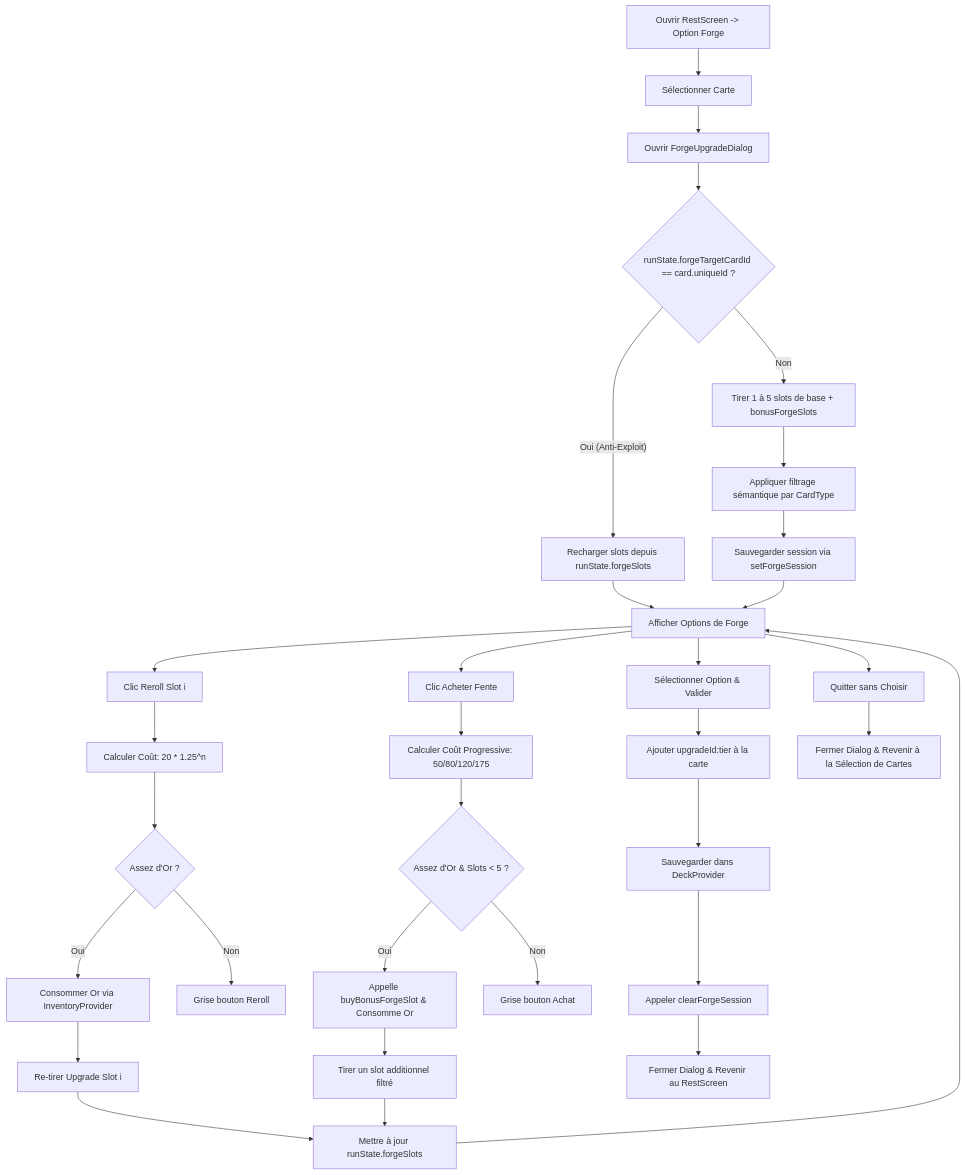
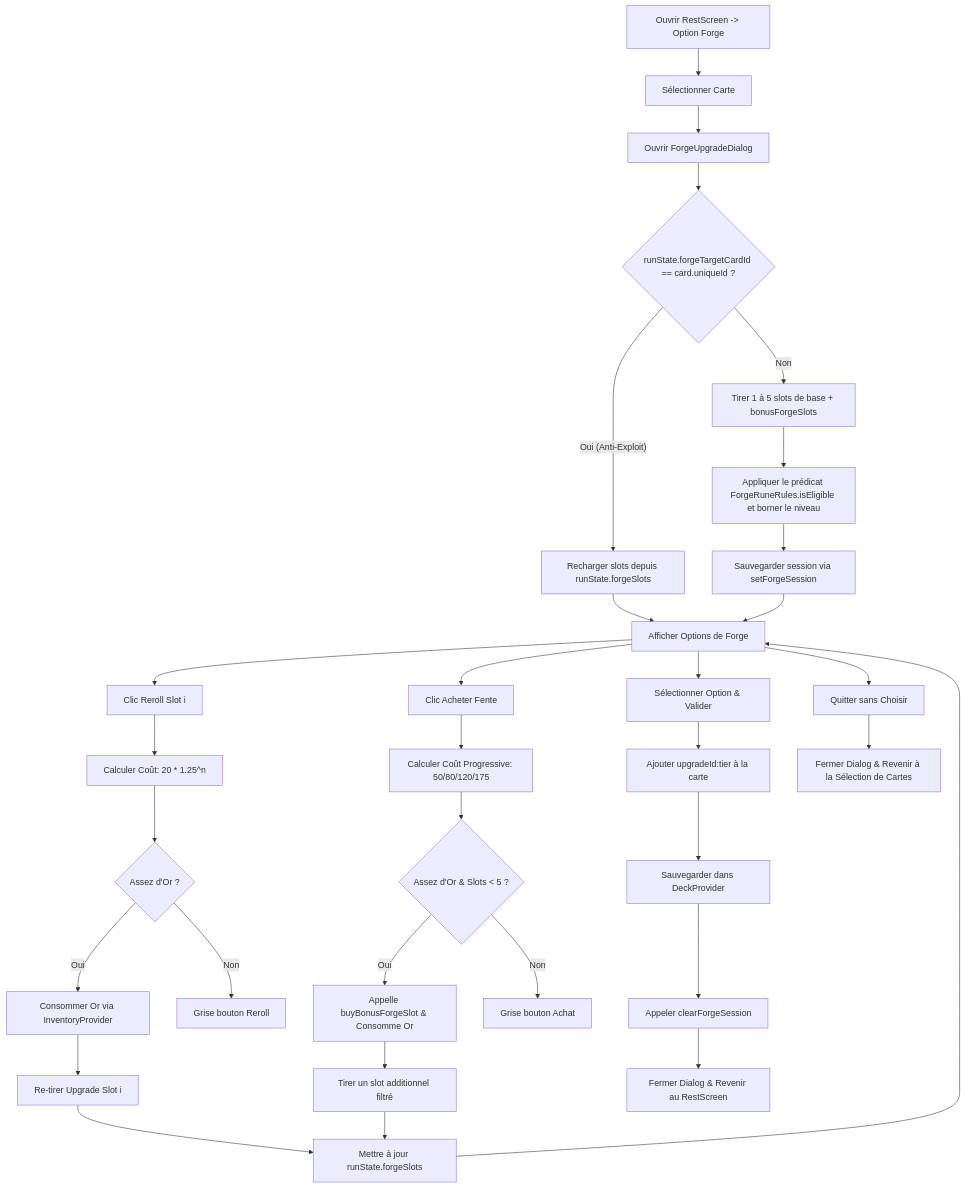
Before and after one commit to Hex-Umbra/hero-s-draft: the first of 2 diagrams in .obsidian_vault/_patterns/10-00-architecture-du-systeme-de-forge-et-de-fusion.md, drawn with Mermaid. The commit also changed other lines of this file and 32 other files, not shown here.

````diff
--- a/.obsidian_vault/_patterns/10-00-architecture-du-systeme-de-forge-et-de-fusion.md
+++ b/.obsidian_vault/_patterns/10-00-architecture-du-systeme-de-forge-et-de-fusion.md
@@ -41,34 +51,34 @@
 ```mermaid
 graph TD
     Start[Ouvrir RestScreen -> Option Forge] --> SelectCard[Sélectionner Carte]
     SelectCard --> Dialog[Ouvrir ForgeUpgradeDialog]
     Dialog --> CheckExploit{runState.forgeTargetCardId == card.uniqueId ?}
     CheckExploit -- Oui (Anti-Exploit) --> LoadSession[Recharger slots depuis runState.forgeSlots]
     CheckExploit -- Non --> GenBase[Tirer 1 à 5 slots de base + bonusForgeSlots]
-    GenBase --> FilterTypes[Appliquer filtrage sémantique par CardType]
+    GenBase --> FilterTypes[Appliquer le prédicat ForgeRuneRules.isEligible et borner le niveau]
     FilterTypes --> SaveSession[Sauvegarder session via setForgeSession]
     LoadSession --> Loop[Afficher Options de Forge]
     SaveSession --> Loop
     Loop --> Reroll[Clic Reroll Slot i]
     Reroll --> CostReroll[Calculer Coût: 20 * 1.25^n]
     CostReroll --> CheckGoldReroll{Assez d'Or ?}
     CheckGoldReroll -- Oui --> SpendGoldR[Consommer Or via InventoryProvider]
     SpendGoldR --> RollAgain[Re-tirer Upgrade Slot i]
     RollAgain --> UpdateSession[Mettre à jour runState.forgeSlots]
     UpdateSession --> Loop
     CheckGoldReroll -- Non --> DisableReroll[Grise bouton Reroll]
     Loop --> BuySlot[Clic Acheter Fente]
     BuySlot --> CostSlot[Calculer Coût Progressive: 50/80/120/175]
     CostSlot --> CheckGoldSlot{Assez d'Or & Slots < 5 ?}
     CheckGoldSlot -- Oui --> BuySuccess[Appelle buyBonusForgeSlot & Consomme Or]
     BuySuccess --> RollNewSlot[Tirer un slot additionnel filtré]
     RollNewSlot --> UpdateSession
     CheckGoldSlot -- Non --> DisableBuySlot[Grise bouton Achat]
     Loop --> SelectUpgrade[Sélectionner Option & Valider]
     SelectUpgrade --> Apply[Ajouter upgradeId:tier à la carte]
     Apply --> SaveDeck[Sauvegarder dans DeckProvider]
     SaveDeck --> ClearSession[Appeler clearForgeSession]
     ClearSession --> End[Fermer Dialog & Revenir au RestScreen]
     Loop --> CloseDialog[Quitter sans Choisir]
     CloseDialog --> EndDialog[Fermer Dialog & Revenir à la Sélection de Cartes]
 ```
````
